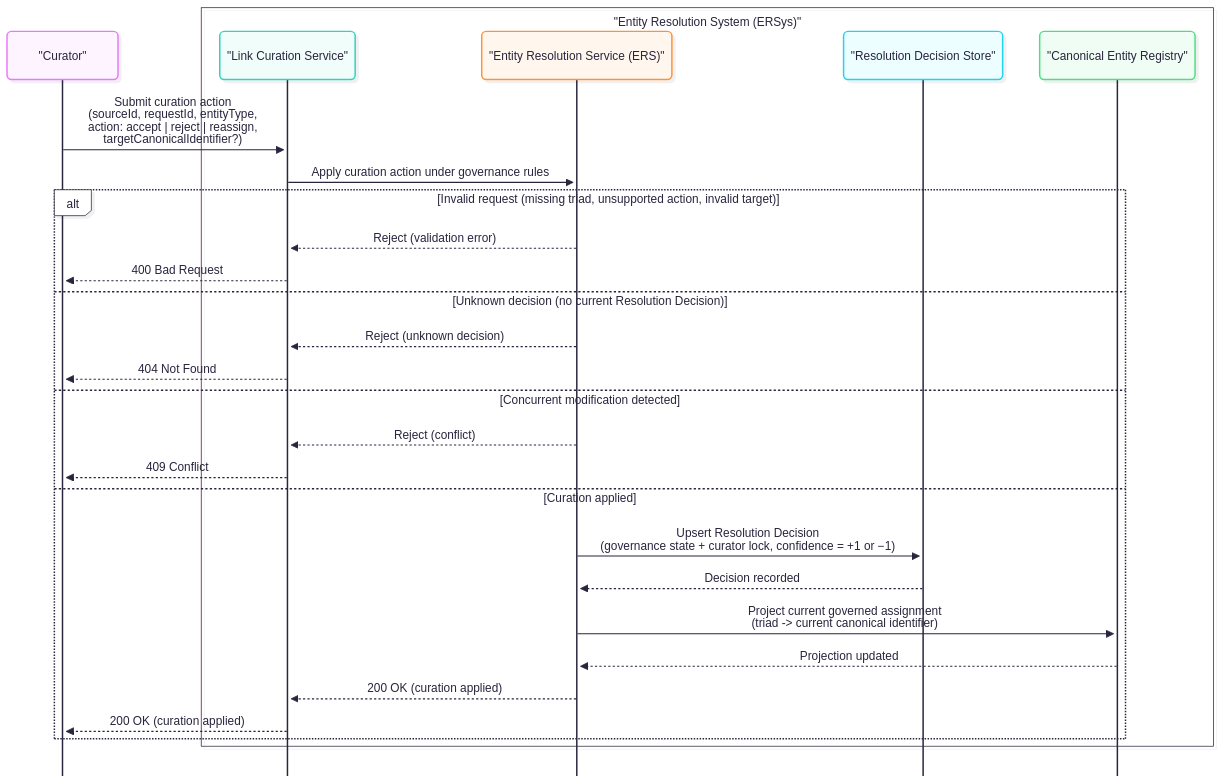
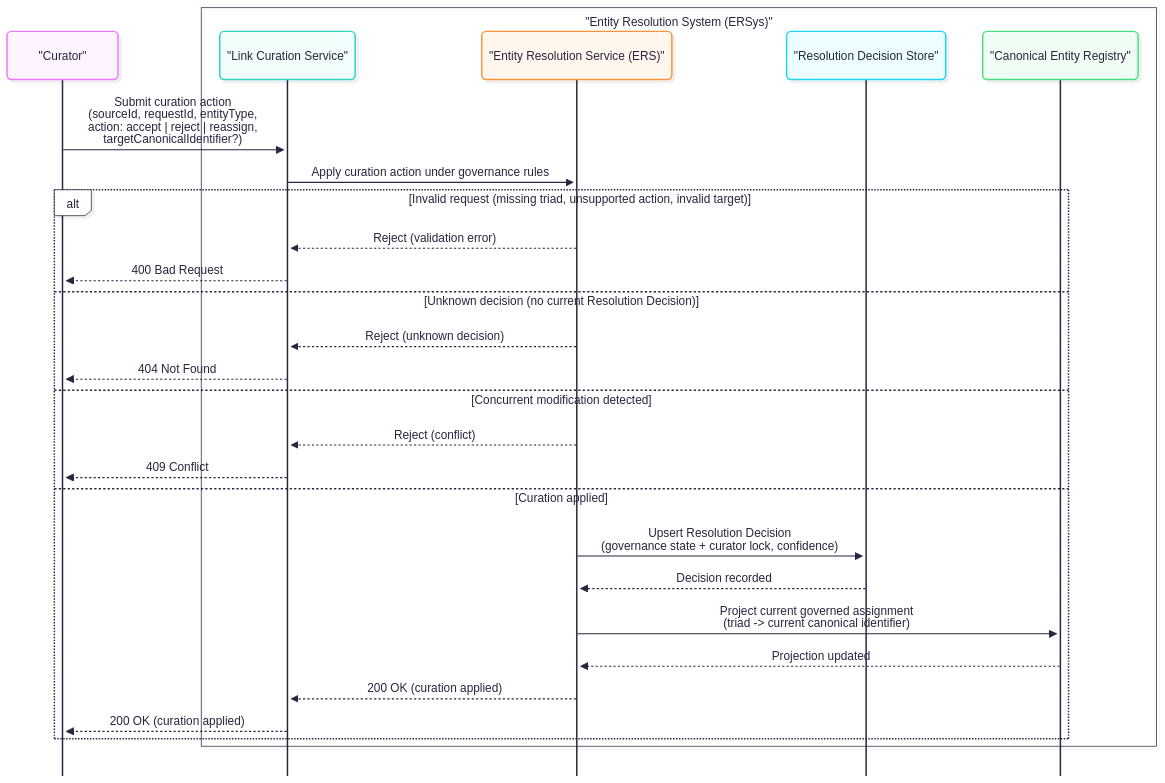
Before and after one commit to OP-TED/entity-resolution-spec: the diagram in docs/architecture/sequence_diagrams/spine-D-Curation-loop.mmd, drawn with Mermaid. The commit also changed 8 other files, not shown here.

First line of the commit message:
update the diagrams

```diff
--- a/docs/architecture/sequence_diagrams/spine-D-Curation-loop.mmd
+++ b/docs/architecture/sequence_diagrams/spine-D-Curation-loop.mmd
@@ -1,45 +1,45 @@
 ---
 config:
   look: neo
   theme: redux-color
   mirrorActors: false
   sequence:
     bottomMarginAdj: 0.1
 ---
 sequenceDiagram
 %% Maps to EA diagram: UML Sequence (Spine D)
 %% Purpose: curator governance loop over Resolution Decisions and canonical projection.
 %% Focus: decision-centric curation, curator authority/lock semantics, projection update.
 %% Excludes: ERE/messaging, candidate computation, rebuild, UI browsing flows, and internal read choreography.
 
 participant Curator as "Curator"
 
 box "Entity Resolution System (ERSys)"
     participant LinkCurationSvc as "Link Curation Service"
     participant ERS as "Entity Resolution Service (ERS)"
     participant DecisionStore as "Resolution Decision Store"
     participant CanonicalRegistry as "Canonical Entity Registry"
 end
 
 Curator ->> LinkCurationSvc: Submit curation action<br/>(sourceId, requestId, entityType,<br/>action: accept | reject | reassign,<br/>targetCanonicalIdentifier?)
 LinkCurationSvc ->> ERS: Apply curation action under governance rules
 
 alt Invalid request (missing triad, unsupported action, invalid target)
     ERS -->> LinkCurationSvc: Reject (validation error)
     LinkCurationSvc -->> Curator: 400 Bad Request
 else Unknown decision (no current Resolution Decision)
     ERS -->> LinkCurationSvc: Reject (unknown decision)
     LinkCurationSvc -->> Curator: 404 Not Found
 else Concurrent modification detected
     ERS -->> LinkCurationSvc: Reject (conflict)
     LinkCurationSvc -->> Curator: 409 Conflict
 else Curation applied
-    ERS ->> DecisionStore: Upsert Resolution Decision<br/>(governance state + curator lock, confidence = +1 or −1)
+    ERS ->> DecisionStore: Upsert Resolution Decision<br/>(governance state + curator lock, confidence)
     DecisionStore -->> ERS: Decision recorded
     ERS ->> CanonicalRegistry: Project current governed assignment<br/>(triad -> current canonical identifier)
     CanonicalRegistry -->> ERS: Projection updated
     ERS -->> LinkCurationSvc: 200 OK (curation applied)
     LinkCurationSvc -->> Curator: 200 OK (curation applied)
 end
 
 %% note right of ERS: Curator actions are authoritative locks and override automation. <br>  Canonical Registry is a projection of the current governed Resolution Decision. <br>  Bulk curation uses the same per-decision governance transition, repeated per triad. <br>
```
